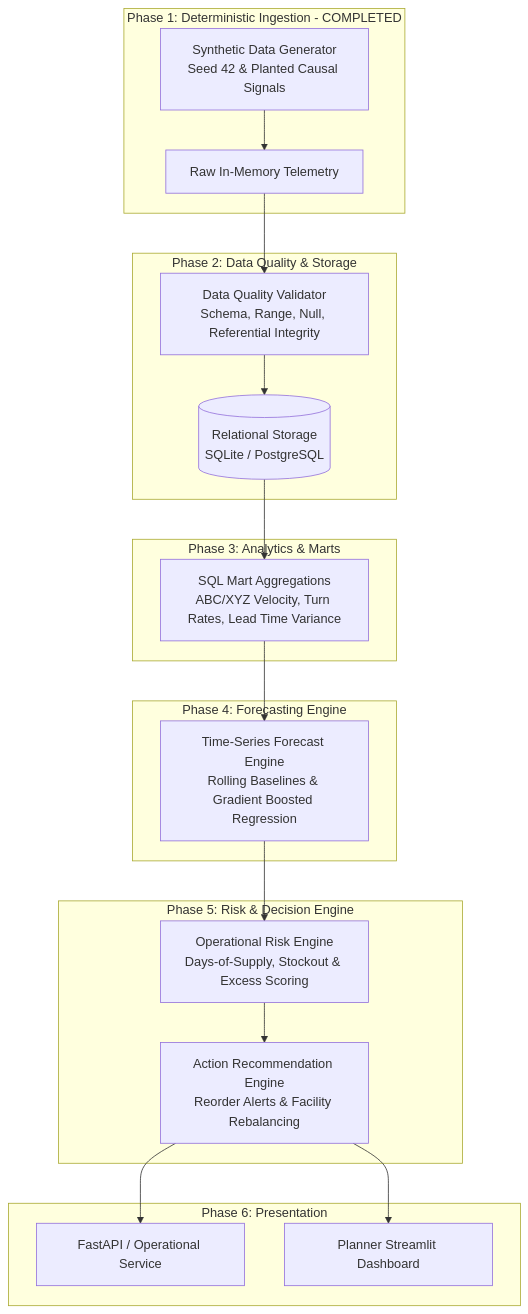
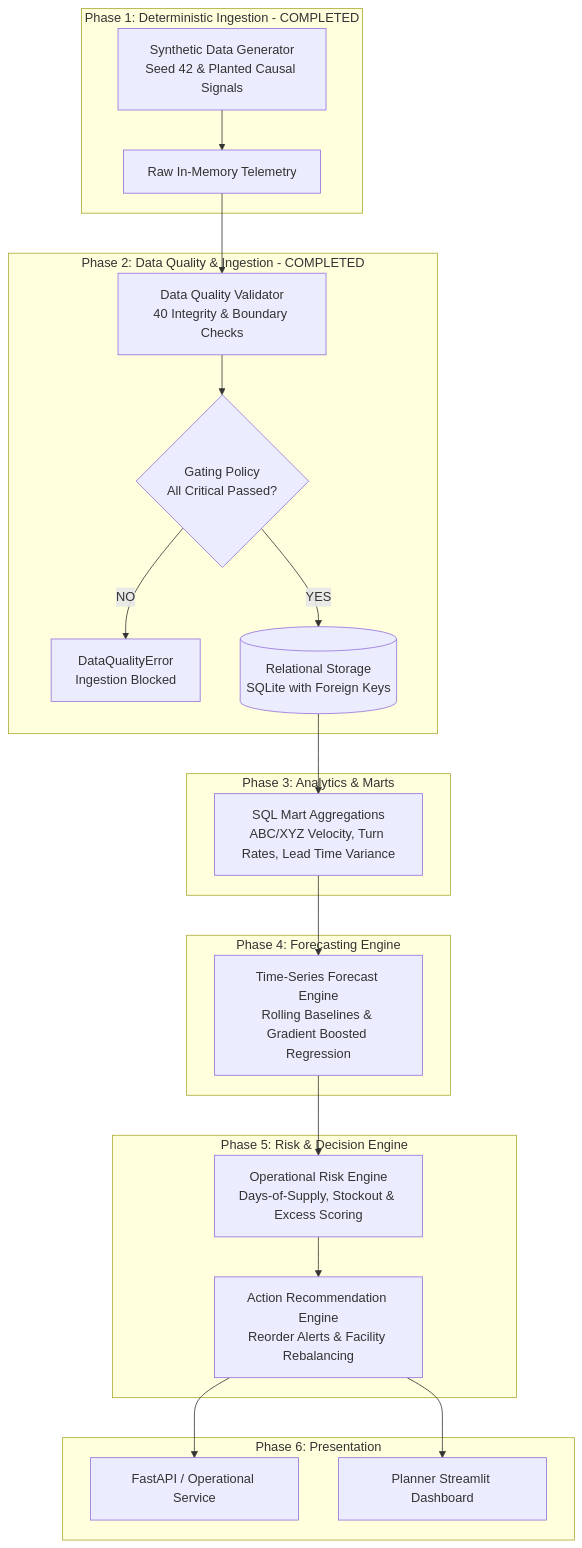
One commit to rishav579/Real-Time-Demand-Risk-Intelligence-Engine changed the first of 2 diagrams in docs/ARCHITECTURE.md. Above: the diagram before and after it, drawn with Mermaid. The commit also changed other lines of this file and 8 other files, not shown here.

Commit message:
feat: add data quality and ingestion validation

````diff
--- a/docs/ARCHITECTURE.md
+++ b/docs/ARCHITECTURE.md
@@ -15,29 +16,31 @@
 ```mermaid
 flowchart TD
     subgraph S1 [Phase 1: Deterministic Ingestion - COMPLETED]
-        G[Synthetic Data Generator<br/>Seed 42 & Planted Causal Signals] --> CSV[Raw In-Memory Telemetry]
+        G[Synthetic Data Generator<br/>Seed 42 & Planted Causal Signals] --> RAW[Raw In-Memory Telemetry]
     end
 
-    subgraph S2 [Phase 2: Data Quality & Storage]
-        CSV --> DQ[Data Quality Validator<br/>Schema, Range, Null, Referential Integrity]
-        DQ --> DB[(Relational Storage<br/>SQLite / PostgreSQL)]
+    subgraph S2 [Phase 2: Data Quality & Ingestion - COMPLETED]
+        RAW --> DQ[Data Quality Validator<br/>40 Integrity & Boundary Checks]
+        DQ --> GATE{Gating Policy<br/>All Critical Passed?}
+        GATE -- NO --> REJ[DataQualityError<br/>Ingestion Blocked]
+        GATE -- YES --> DB[(Relational Storage<br/>SQLite with Foreign Keys)]
     end
 
     subgraph S3 [Phase 3: Analytics & Marts]
         DB --> SQL[SQL Mart Aggregations<br/>ABC/XYZ Velocity, Turn Rates, Lead Time Variance]
     end
 
     subgraph S4 [Phase 4: Forecasting Engine]
         SQL --> FC[Time-Series Forecast Engine<br/>Rolling Baselines & Gradient Boosted Regression]
     end
 
     subgraph S5 [Phase 5: Risk & Decision Engine]
         FC --> RE[Operational Risk Engine<br/>Days-of-Supply, Stockout & Excess Scoring]
         RE --> REC[Action Recommendation Engine<br/>Reorder Alerts & Facility Rebalancing]
     end
 
     subgraph S6 [Phase 6: Presentation]
         REC --> API[FastAPI / Operational Service]
         REC --> UI[Planner Streamlit Dashboard]
     end
 ```
````
